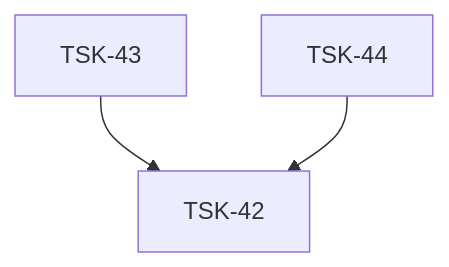
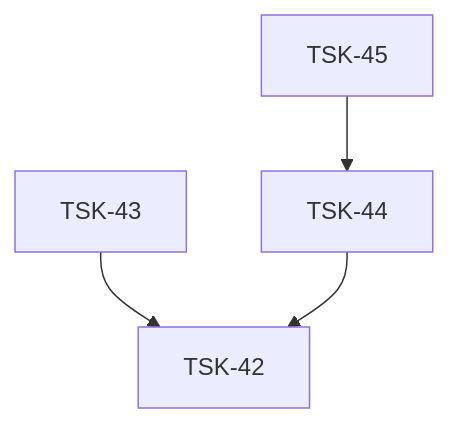
One commit to RubaXa/gennady changed the diagram in tasks/infra-npm-publish/README.md. Above: the diagram before and after it, drawn with Mermaid. The commit also changed other lines of this file and 26 other files, not shown here.

````diff
--- a/tasks/infra-npm-publish/README.md
+++ b/tasks/infra-npm-publish/README.md
@@ -26,5 +26,6 @@
 ```mermaid
 graph TD
     TSK-43 --> TSK-42
     TSK-44 --> TSK-42
+    TSK-45 --> TSK-44
 ```
````
